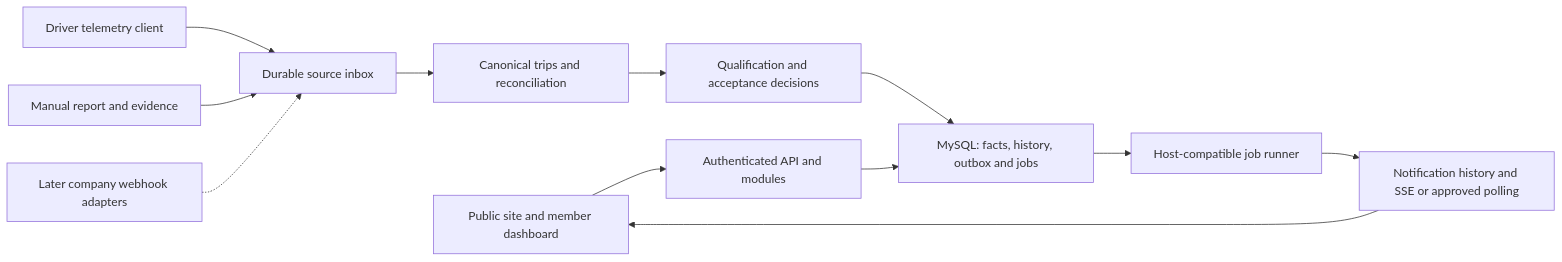
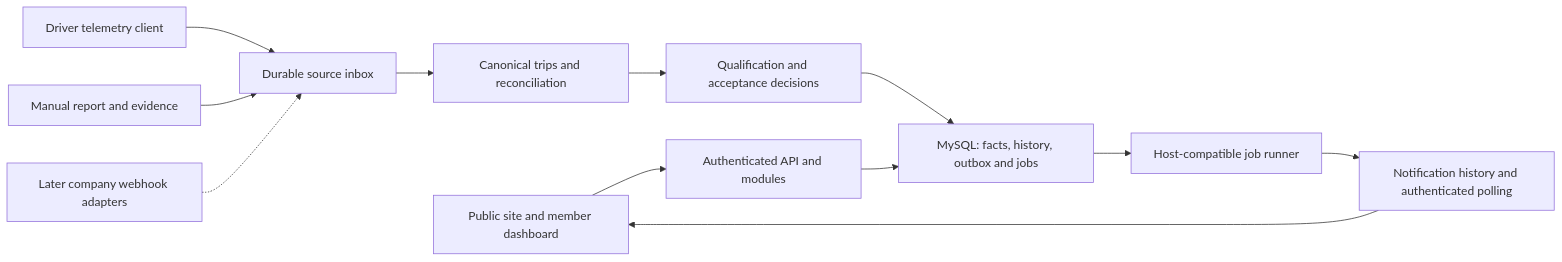
The diagram in CONCEPT.MD (senukartur/vtc-dashboard), drawn with Mermaid before and after one commit. The commit also changed other lines of this file and 4 other files, not shown here.

Commit message:
docs: record approved MVP notification polling

````diff
--- a/CONCEPT.MD
+++ b/CONCEPT.MD
@@ -52,14 +52,14 @@
 ```mermaid
 flowchart LR
   Web["Public site and member dashboard"] --> API["Authenticated API and modules"]
   Telemetry["Driver telemetry client"] --> Inbox["Durable source inbox"]
   Manual["Manual report and evidence"] --> Inbox
   Future["Later company webhook adapters"] -.-> Inbox
   Inbox --> Trips["Canonical trips and reconciliation"]
   Trips --> Rules["Qualification and acceptance decisions"]
   Rules --> DB["MySQL: facts, history, outbox and jobs"]
   API --> DB
   DB --> Jobs["Host-compatible job runner"]
-  Jobs --> Updates["Notification history and SSE or approved polling"]
+  Jobs --> Updates["Notification history and authenticated polling"]
   Updates --> Web
 ```
````
